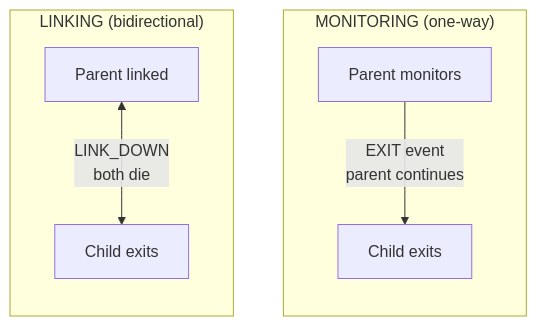
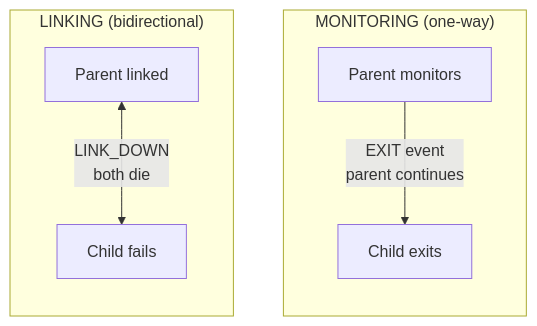
The diagram in en/tutorials/supervision.md (wippyai/docs), drawn with Mermaid before and after one commit. The commit also changed other lines of this file and 4 other files, not shown here.

````diff
--- a/en/tutorials/supervision.md
+++ b/en/tutorials/supervision.md
@@ -24,12 +24,12 @@
 ```mermaid
 flowchart TB
     subgraph Monitoring["MONITORING (one-way)"]
         direction TB
         P1[Parent monitors] -->|EXIT event<br/>parent continues| C1[Child exits]
     end
 
     subgraph Linking["LINKING (bidirectional)"]
         direction TB
-        P2[Parent linked] <-->|LINK_DOWN<br/>both die| C2[Child exits]
+        P2[Parent linked] <-->|LINK_DOWN<br/>both die| C2[Child fails]
     end
 ```
````
